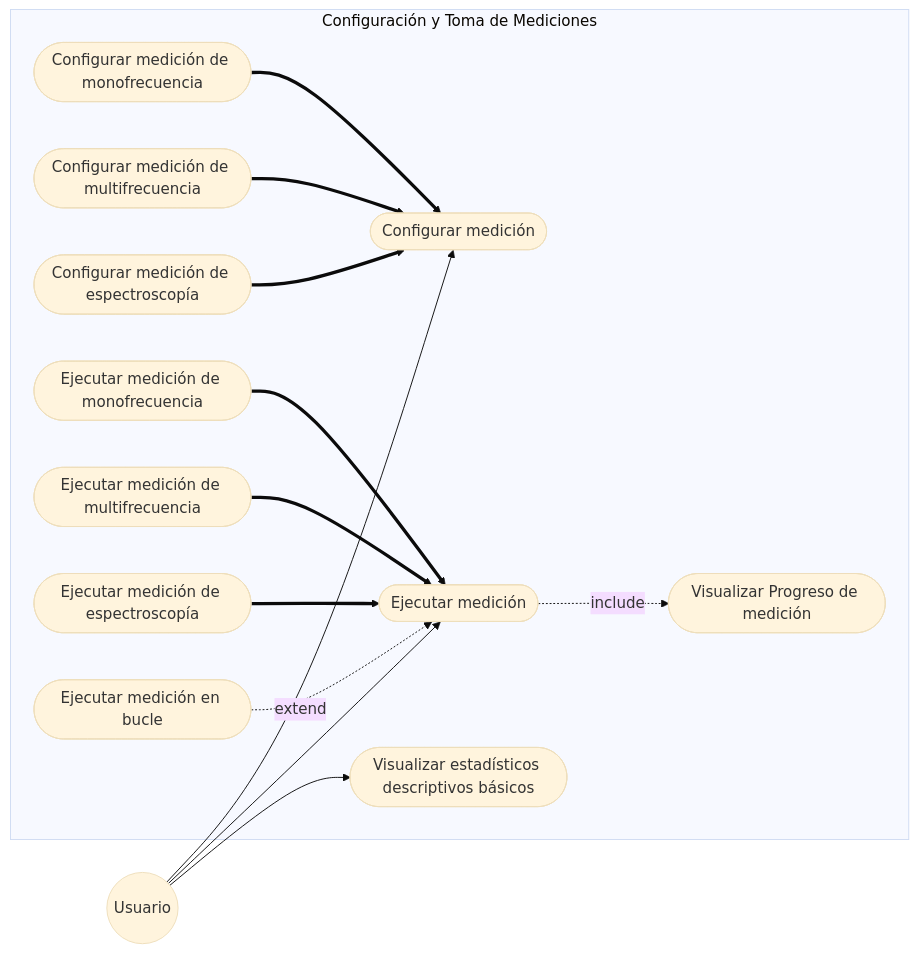
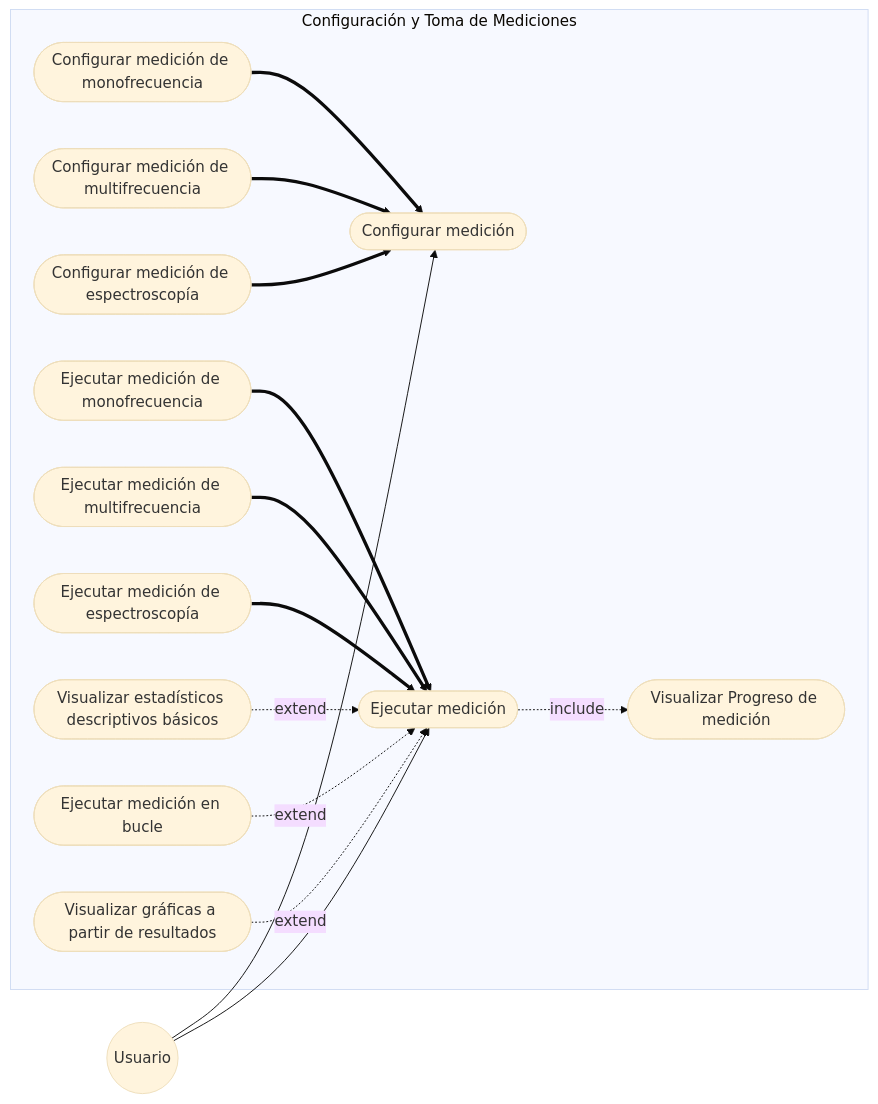
One commit to alegrelias/Repo-GMini changed the ninth of 33 diagrams in Gmini-MarkDown/Guanaco Mini.md. Above: the diagram before and after it, drawn with Mermaid (base theme). The commit also changed other lines of this file, not shown here.

````diff
--- a/Gmini-MarkDown/Guanaco Mini.md
+++ b/Gmini-MarkDown/Guanaco Mini.md
@@ -646,37 +657,39 @@
 ```mermaid
 flowchart LR
 %% Actores
 Usuario((Usuario))
 
 subgraph Configuración y Toma de Mediciones
-	CU1([Configurar medición])
-	CU2([Configurar medición de monofrecuencia])
-	CU3([Configurar medición de multifrecuencia])
-	CU4([Configurar medición de espectroscopía])
-	CU5([Ejecutar medición])
-	CU6([Ejecutar medición de monofrecuencia])
-	CU7([Ejecutar medición de multifrecuencia])
-	CU8([Ejecutar medición de espectroscopía])
-	CU9([Visualizar Progreso de medición])
-	CU10([Visualizar estadísticos descriptivos básicos])
-	CU11([Ejecutar medición en bucle])
+	CU7([Configurar medición])
+	CU8([Configurar medición de monofrecuencia])
+	CU9([Configurar medición de multifrecuencia])
+	CU10([Configurar medición de espectroscopía])
+	CU11([Ejecutar medición])
+	CU12([Ejecutar medición de monofrecuencia])
+	CU13([Ejecutar medición de multifrecuencia])
+	CU14([Ejecutar medición de espectroscopía])
+	CU15([Visualizar Progreso de medición])
+	CU16([Visualizar estadísticos descriptivos básicos])
+	CU17([Ejecutar medición en bucle])
+	CU18([Visualizar gráficas a partir de resultados])
 end
 
 %% Generalización
-CU2 ==> CU1
-CU3 ==> CU1
-CU4 ==> CU1
-CU6 ==> CU5
-CU7 ==> CU5
-CU8 ==> CU5
+CU8 ==> CU7
+CU9 ==> CU7
+CU10 ==> CU7
+CU12 ==> CU11
+CU13 ==> CU11
+CU14 ==> CU11
 
 
 %% Asociaciones
-Usuario --> CU1
-Usuario --> CU5
-Usuario --> CU10
+Usuario --> CU7
+Usuario --> CU11
 
 %% Relaciones Include/Extend
-CU5 -.include.-> CU9
-CU11 -.extend.-> CU5
+CU11 -.include.-> CU15
+CU16 -.extend.-> CU11
+CU17 -.extend.-> CU11
+CU18 -.extend.-> CU11
 ```
````
